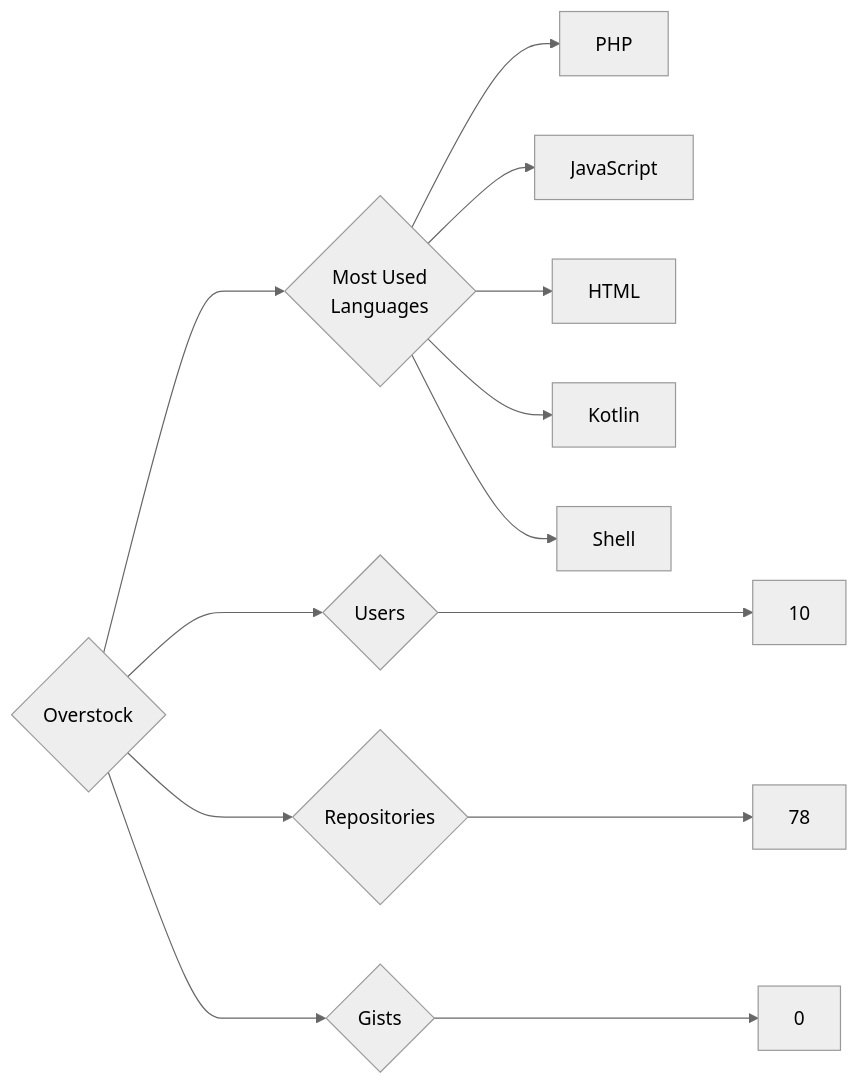
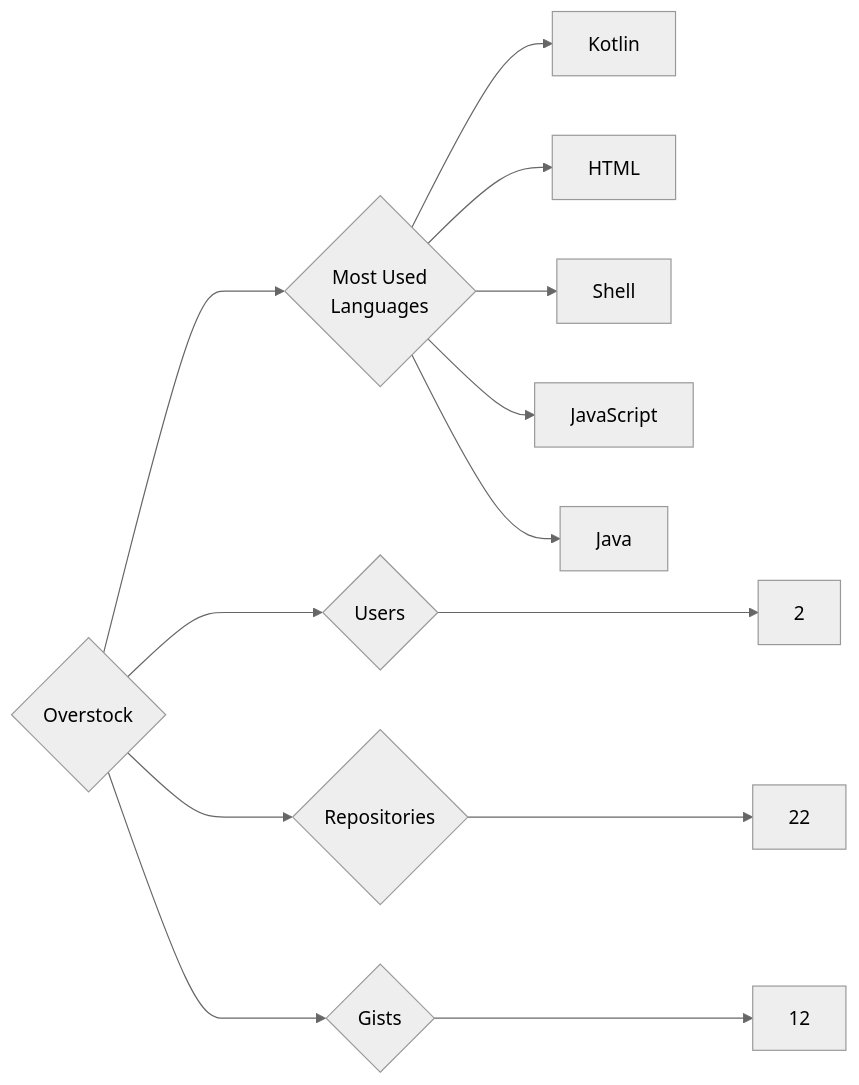
Before and after one commit to trickest/insiders: the diagram in targets/Overstock/README.md, drawn with Mermaid (neutral theme). The commit also changed 997 other files, not shown here.

````diff
--- a/targets/Overstock/README.md
+++ b/targets/Overstock/README.md
@@ -3,13 +3,13 @@
 ```mermaid
 graph LR
 COMPANY_NAME{Overstock}
-COMPANY_NAME ---> U{Users} ---> UN[10]
-COMPANY_NAME ---> R{Repositories} ---> RN[78]
-COMPANY_NAME ---> G{Gists} ---> GN[0]
+COMPANY_NAME ---> U{Users} ---> UN[2]
+COMPANY_NAME ---> R{Repositories} ---> RN[22]
+COMPANY_NAME ---> G{Gists} ---> GN[12]
 COMPANY_NAME ---> ML{Most Used<br>Languages}
-ML --> PHP
-ML --> JavaScript
-ML --> HTML
-ML --> Kotlin
-ML --> Shell
+ML --> Kotlin[Kotlin]
+ML --> HTML[HTML]
+ML --> Shell[Shell]
+ML --> JavaScript[JavaScript]
+ML --> Java[Java]
 ```
````
